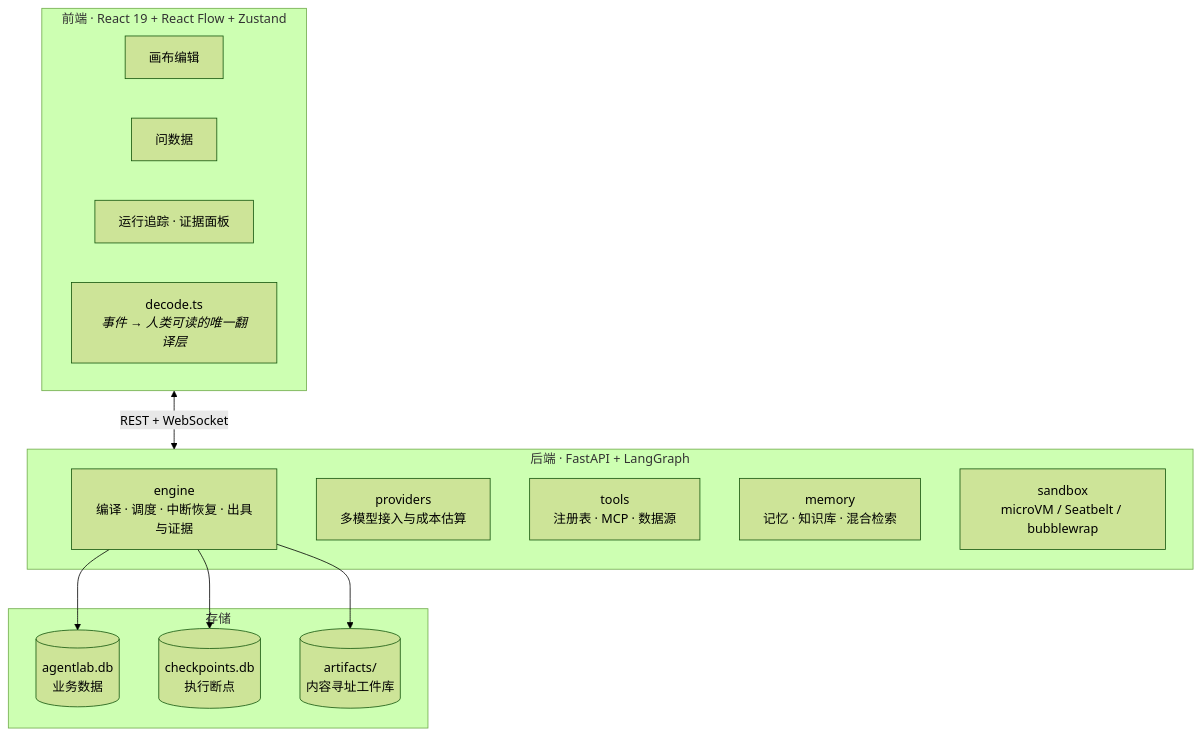
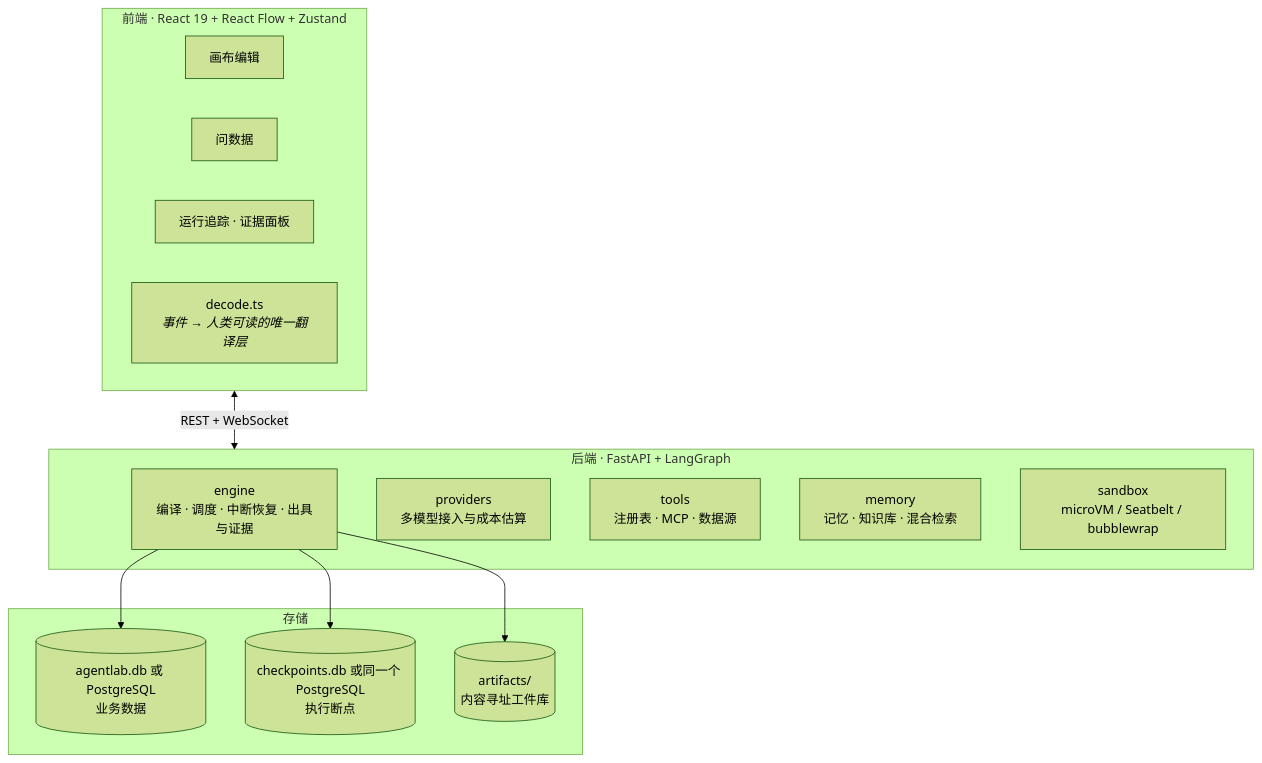
The third of 3 diagrams in README.md (ThearchyHelios/AgentLab), drawn with Mermaid (forest theme) before and after one commit. The commit also changed other lines of this file and 6 other files, not shown here.

First line of the commit message:
README、部署说明补上用 PostgreSQL：AGENTLAB_DATABASE_URL、断点、连接池（含 PgBouncer）、和 SQLite 一致的那几条、从 SQLite 导入的步骤（copy-to-postgres，先停服务、先 --dry-run）、备份（pg_dump 加数据目录）、多台机器要把数据目录挂在共享存储的同一个路径上，以及实话：数据目录里的 SQLite 文件（记录表原地追加写、上传表格版本库的 flock）在网络文件系统上并发写不安全，眼下仍按单进程部署

````diff
--- a/README.md
+++ b/README.md
@@ -726,23 +727,23 @@
 ```mermaid
 flowchart TB
     subgraph FE["前端 · React 19 + React Flow + Zustand"]
         F1["画布编辑"]
         F2["问数据"]
         F3["运行追踪 · 证据面板"]
         F4["decode.ts<br/><i>事件 → 人类可读的唯一翻译层</i>"]
     end
     subgraph BE["后端 · FastAPI + LangGraph"]
         B1["engine<br/>编译 · 调度 · 中断恢复 · 出具与证据"]
         B2["providers<br/>多模型接入与成本估算"]
         B3["tools<br/>注册表 · MCP · 数据源"]
         B4["memory<br/>记忆 · 知识库 · 混合检索"]
         B5["sandbox<br/>microVM / Seatbelt / bubblewrap"]
     end
     subgraph ST["存储"]
-        S1[("agentlab.db<br/>业务数据")]
-        S2[("checkpoints.db<br/>执行断点")]
+        S1[("agentlab.db 或 PostgreSQL<br/>业务数据")]
+        S2[("checkpoints.db 或同一个 PostgreSQL<br/>执行断点")]
         S3[("artifacts/<br/>内容寻址工件库")]
     end
     FE <-->|REST + WebSocket| BE
     B1 --> S1 & S2 & S3
 ```
````
